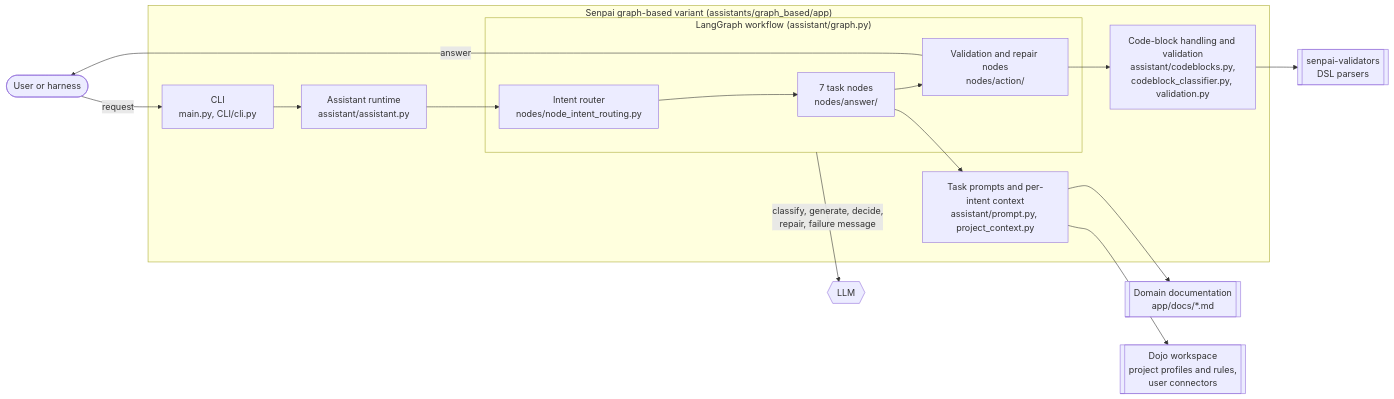
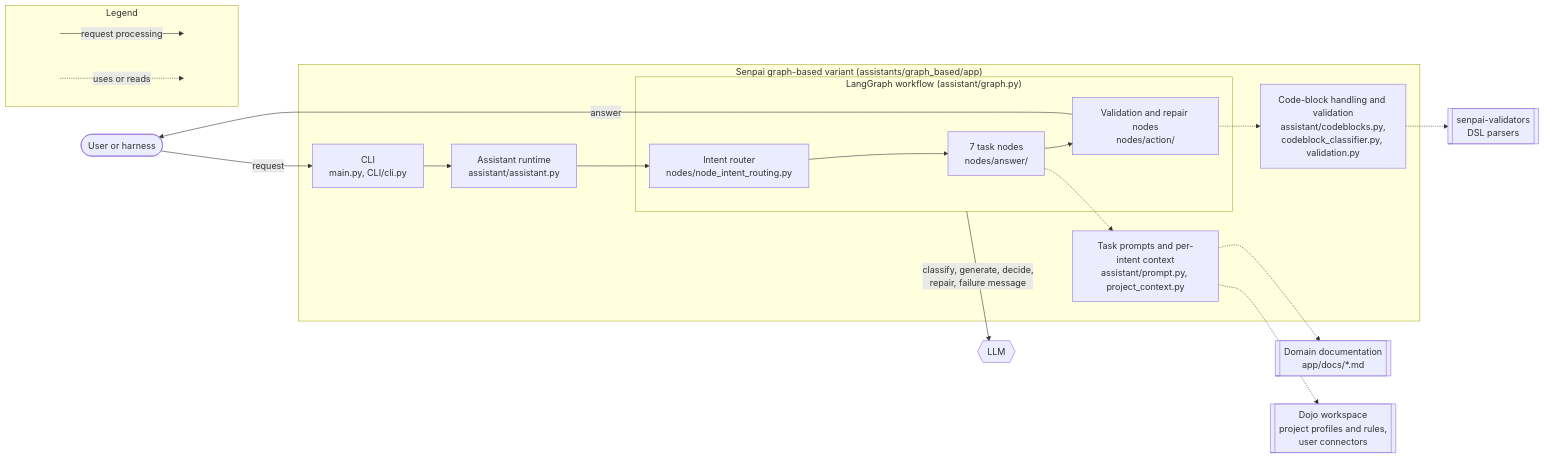
The first of 3 diagrams in docs/architecture/graph-based.md (miso-booster/senpai-experiments), drawn with Mermaid before and after one commit. The commit also changed 2 other files, not shown here.

Commit message:
Distinguish request flow from uses/reads arrows in the component views, with a legend

````diff
--- a/docs/architecture/graph-based.md
+++ b/docs/architecture/graph-based.md
@@ -9,28 +9,35 @@
 ```mermaid
 flowchart LR
     user([User or harness])
     subgraph senpai["Senpai graph-based variant (assistants/graph_based/app)"]
         cli["CLI<br/>main.py, CLI/cli.py"]
         asst["Assistant runtime<br/>assistant/assistant.py"]
         subgraph wf["LangGraph workflow (assistant/graph.py)"]
             router["Intent router<br/>nodes/node_intent_routing.py"]
             tasks["7 task nodes<br/>nodes/answer/"]
             qa["Validation and repair nodes<br/>nodes/action/"]
         end
         ctx["Task prompts and per-intent context<br/>assistant/prompt.py, project_context.py"]
         val["Code-block handling and validation<br/>assistant/codeblocks.py,<br/>codeblock_classifier.py, validation.py"]
     end
     llm{{"LLM"}}
     docs[["Domain documentation<br/>app/docs/*.md"]]
     ws[["Dojo workspace<br/>project profiles and rules,<br/>user connectors"]]
     pv[["senpai-validators<br/>DSL parsers"]]
 
     user -->|request| cli --> asst --> router
     router --> tasks --> qa
-    tasks --> ctx
-    ctx --> docs
-    ctx --> ws
-    qa --> val --> pv
+    tasks -.-> ctx
+    ctx -.-> docs
+    ctx -.-> ws
+    qa -.-> val -.-> pv
     wf -->|"classify, generate, decide,<br/>repair, failure message"| llm
     qa -->|answer| user
+
+    subgraph legend["Legend"]
+        direction LR
+        la[" "]:::ghost -->|request processing| lb[" "]:::ghost
+        lc[" "]:::ghost -.->|uses or reads| ld[" "]:::ghost
+    end
+    classDef ghost fill:none,stroke:none
 ```
````
